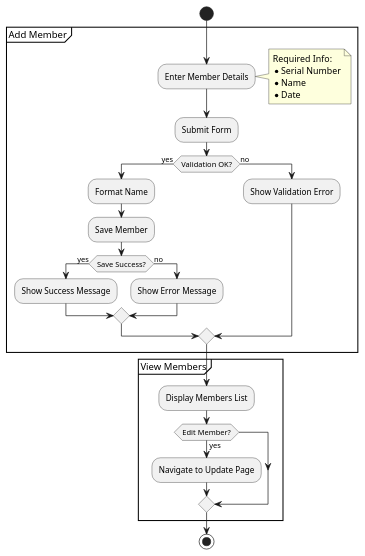
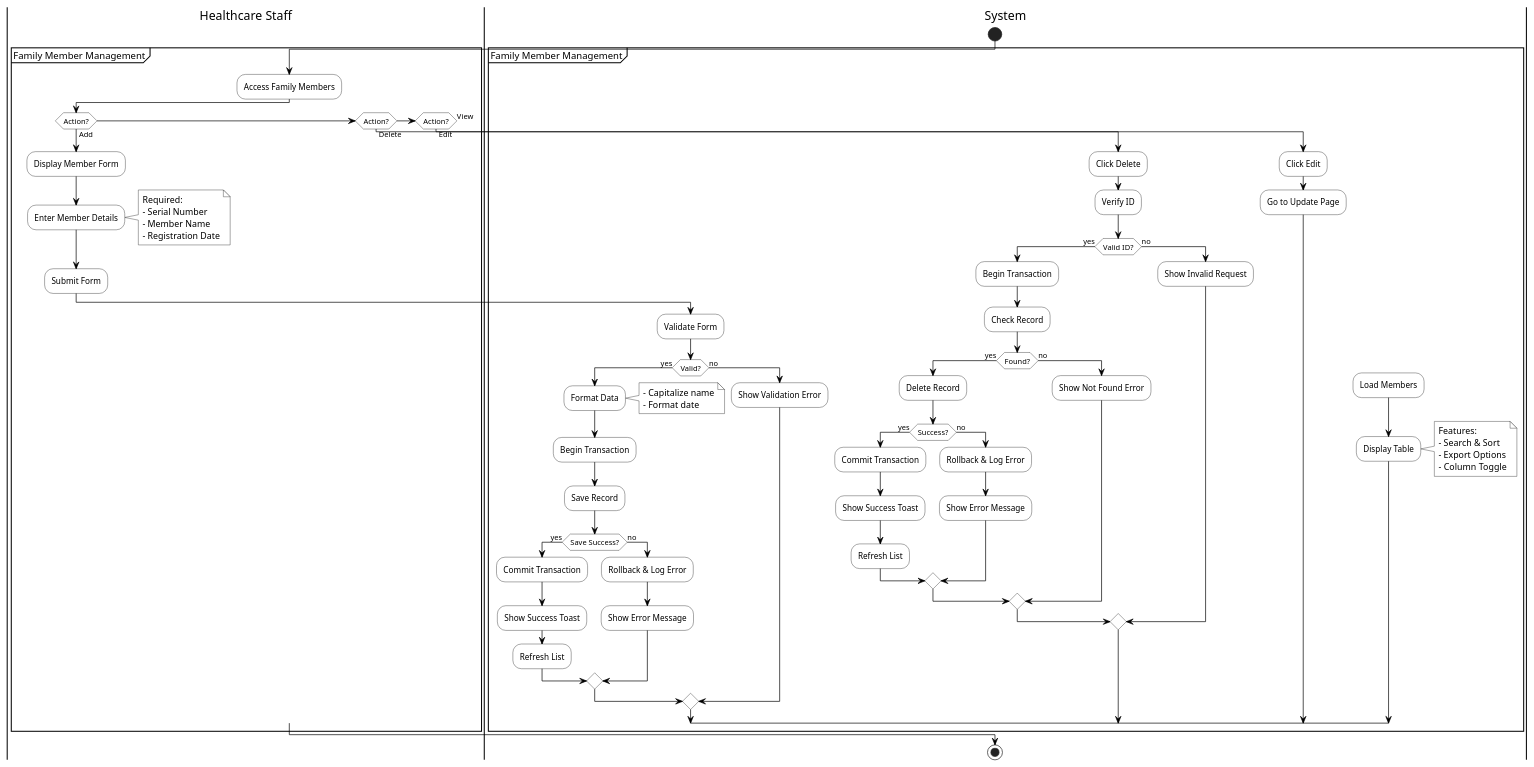
Before and after one commit to KuroKage-001/Mamatid_MedClinic: the diagram in dist/diagrams/Activity_Diagrams/family_members.activity.puml, drawn with PlantUML. The commit also changed 17 other files, not shown here.

```diff
--- a/dist/diagrams/Activity_Diagrams/family_members.activity.puml
+++ b/dist/diagrams/Activity_Diagrams/family_members.activity.puml
@@ -1,37 +1,106 @@
 @startuml Family Members Activity
+skinparam monochrome true
+skinparam shadowing false
+skinparam ActivityBackgroundColor white
+skinparam ActivityBorderColor black
+skinparam ArrowColor black
+skinparam NoteBackgroundColor white
+skinparam NoteBorderColor black
+
+|Healthcare Staff|
+|System|
 
 start
 
-partition "Add Member" {
-  :Enter Member Details;
-  note right
-    Required Info:
-    * Serial Number
-    * Name
-    * Date
-  end note
-  :Submit Form;
+partition "Family Member Management" {
+  |Healthcare Staff|
+  :Access Family Members;
   
-  if (Validation OK?) then (yes)
-    :Format Name;
-    :Save Member;
-    if (Save Success?) then (yes)
-      :Show Success Message;
+  if (Action?) is (Add) then
+    :Display Member Form;
+    :Enter Member Details;
+    note right
+      Required:
+      - Serial Number
+      - Member Name
+      - Registration Date
+    end note
+    
+    :Submit Form;
+    
+    |System|
+    :Validate Form;
+    
+    if (Valid?) then (yes)
+      :Format Data;
+      note right
+        - Capitalize name
+        - Format date
+      end note
+      
+      :Begin Transaction;
+      :Save Record;
+      
+      if (Save Success?) then (yes)
+        :Commit Transaction;
+        :Show Success Toast;
+        :Refresh List;
+      else (no)
+        :Rollback & Log Error;
+        :Show Error Message;
+      endif
+      
     else (no)
-      :Show Error Message;
+      :Show Validation Error;
     endif
-  else (no)
-    :Show Validation Error;
-  endif
-}
-
-partition "View Members" {
-  :Display Members List;
-  if (Edit Member?) then (yes)
-    :Navigate to Update Page;
+    
+  elseif (Action?) is (Delete)
+    :Click Delete;
+    
+    |System|
+    :Verify ID;
+    
+    if (Valid ID?) then (yes)
+      :Begin Transaction;
+      :Check Record;
+      
+      if (Found?) then (yes)
+        :Delete Record;
+        
+        if (Success?) then (yes)
+          :Commit Transaction;
+          :Show Success Toast;
+          :Refresh List;
+        else (no)
+          :Rollback & Log Error;
+          :Show Error Message;
+        endif
+        
+      else (no)
+        :Show Not Found Error;
+      endif
+      
+    else (no)
+      :Show Invalid Request;
+    endif
+    
+  elseif (Action?) is (Edit)
+    :Click Edit;
+    :Go to Update Page;
+    
+  else (View)
+    |System|
+    :Load Members;
+    :Display Table;
+    note right
+      Features:
+      - Search & Sort
+      - Export Options
+      - Column Toggle
+    end note
   endif
 }
 
 stop
 
 @enduml 
```
